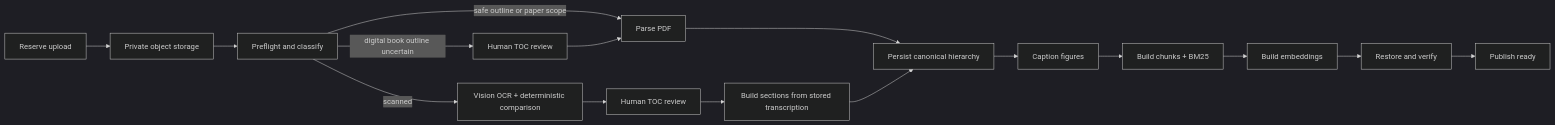
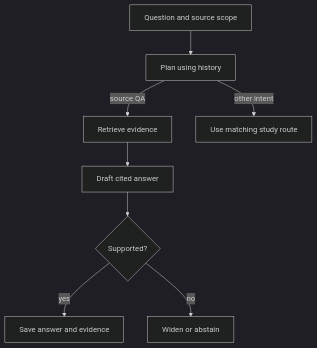
Before and after one commit to rabhishek100/agentic_study_partner: the first of 15 diagrams in docs/flows.md, drawn with Mermaid (dark theme). The commit also changed other lines of this file and 9 other files, not shown here.

Commit message:
Consolidate concise feature and architecture documentation

````diff
--- a/docs/flows.md
+++ b/docs/flows.md
@@ -9,18 +12,10 @@
 ```mermaid
-flowchart LR
-    A[Reserve upload] --> B[Private object storage]
-    B --> C[Preflight and classify]
-    C -->|safe outline or paper scope| E[Parse PDF]
-    C -->|digital book outline uncertain| D[Human TOC review]
-    D --> E
-    C -->|scanned| O[Vision OCR + deterministic comparison]
-    O --> R[Human TOC review]
-    R --> T[Build sections from stored transcription]
-    E --> F[Persist canonical hierarchy]
-    T --> F
-    F --> G[Caption figures]
-    G --> H[Build chunks + BM25]
-    H --> I[Build embeddings]
-    I --> J[Restore and verify]
-    J --> K[Publish ready]
+flowchart TD
+    Q[Question and source scope] --> P[Plan using history]
+    P -->|source QA| R[Retrieve evidence]
+    R --> A[Draft cited answer]
+    A --> S{Supported?}
+    S -->|yes| O[Save answer and evidence]
+    S -->|no| E[Widen or abstain]
+    P -->|other intent| H[Use matching study route]
 ```
````
